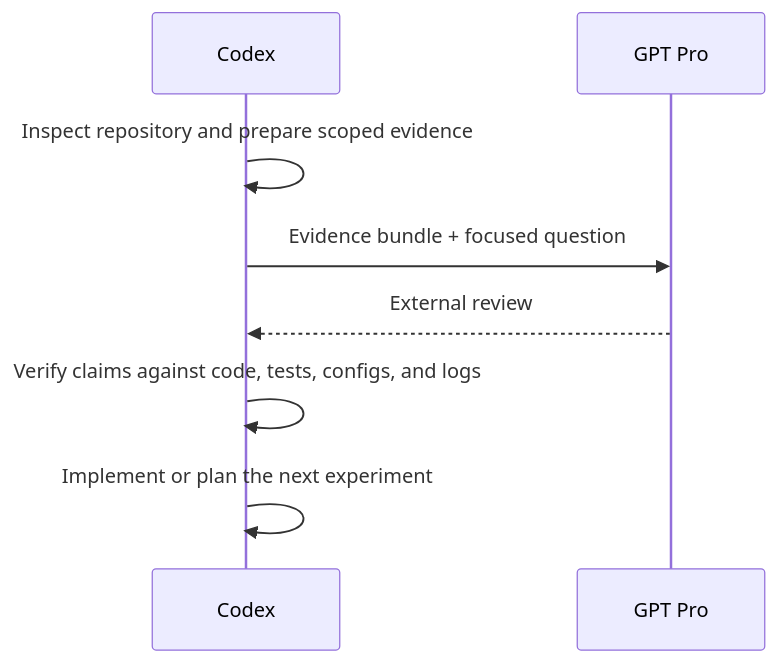
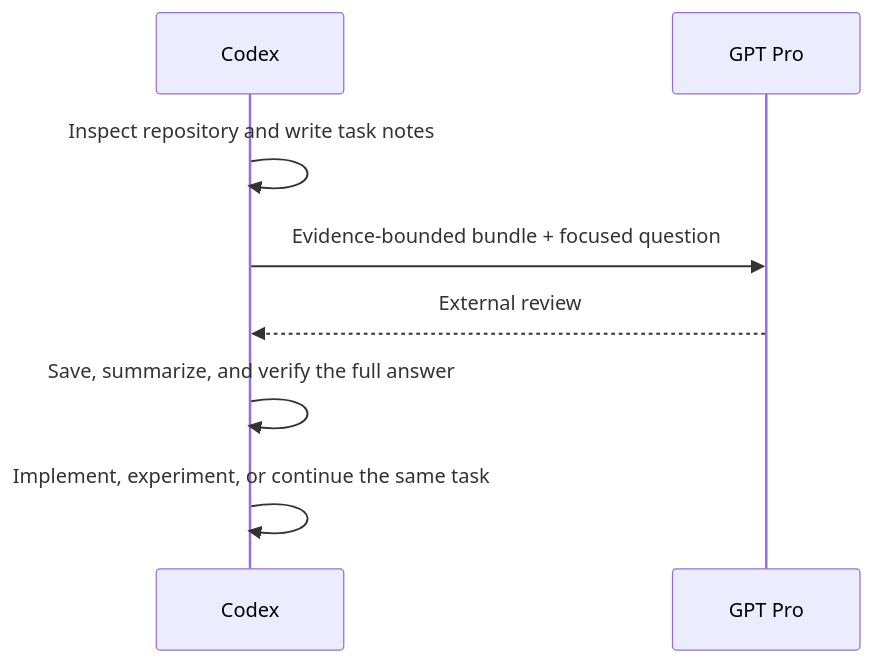
The diagram in README.md (WILLOSCAR/codex-pro-bridge), drawn with Mermaid before and after one commit. The commit also changed other lines of this file and 1 other file, not shown here.

````diff
--- a/README.md
+++ b/README.md
@@ -40,10 +55,10 @@
 ```mermaid
 sequenceDiagram
   participant C as Codex
   participant G as GPT Pro
-  C->>C: Inspect repository and prepare scoped evidence
-  C->>G: Evidence bundle + focused question
+  C->>C: Inspect repository and write task notes
+  C->>G: Evidence-bounded bundle + focused question
   G-->>C: External review
-  C->>C: Verify claims against code, tests, configs, and logs
-  C->>C: Implement or plan the next experiment
+  C->>C: Save, summarize, and verify the full answer
+  C->>C: Implement, experiment, or continue the same task
 ```
````
